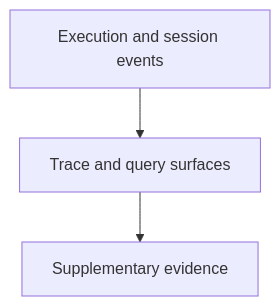
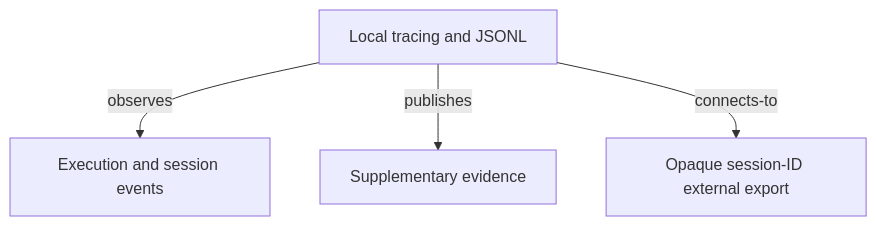
One commit to abstract-business-systems/as-is changed the diagram in components/observability/as-is.md. Above: the diagram before and after it, drawn with Mermaid. The commit also changed other lines of this file and 50 other files, not shown here.

````diff
--- a/components/observability/as-is.md
+++ b/components/observability/as-is.md
@@ -14,5 +22,6 @@
 ```mermaid
 flowchart TD
-    A["Execution and session events"] --> B["Trace and query surfaces"]
-    B --> C["Supplementary evidence"]
+    B["Local tracing and JSONL"] -->|observes| A["Execution and session events"]
+    B -->|publishes| C["Supplementary evidence"]
+    B -->|connects-to| D["Opaque session-ID external export"]
 ```
````
